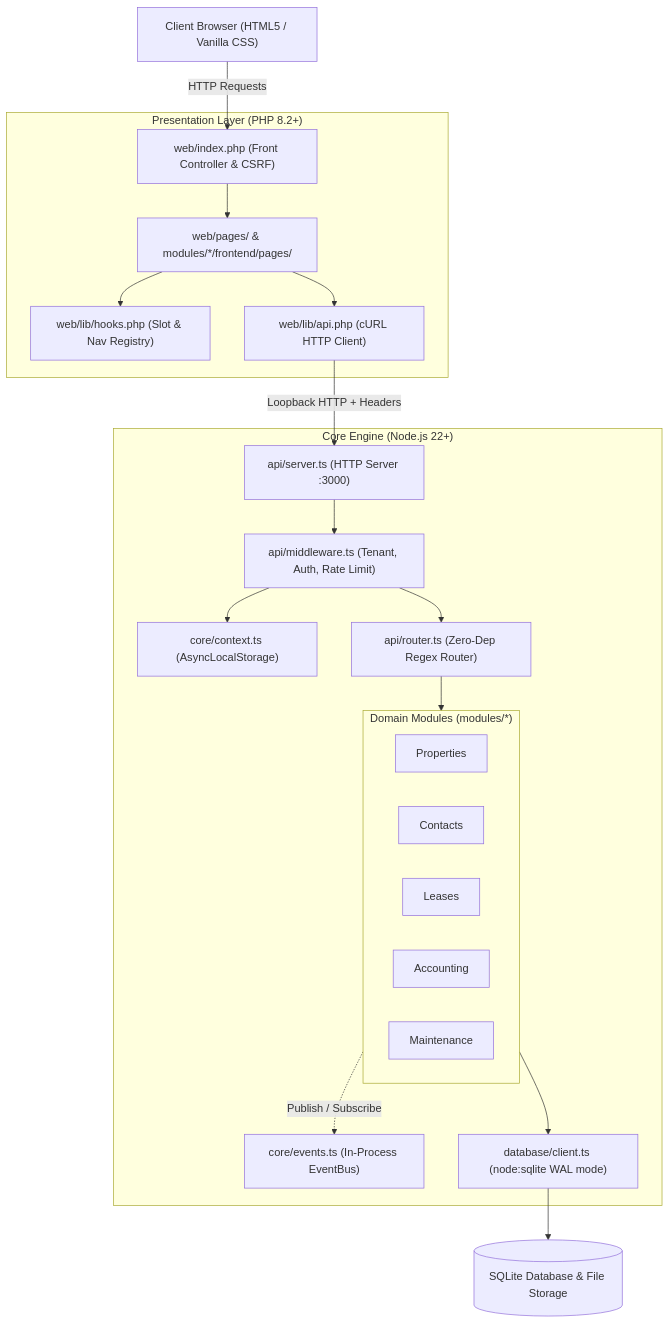
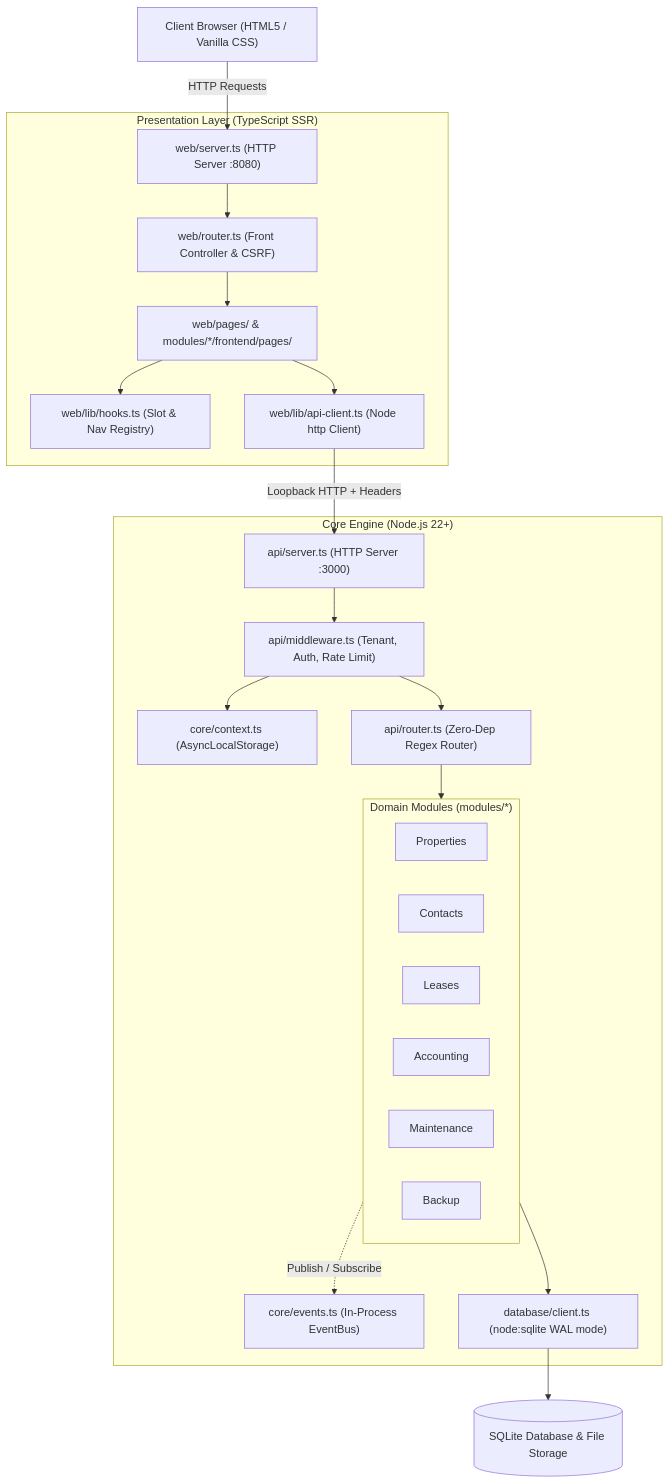
Before and after one commit to benacollier/GarrisonOS: the diagram in docs/architecture/overview.md, drawn with Mermaid. The commit also changed other lines of this file and 100 other files, not shown here.

First line of the commit message:
feat(web): rebase to 100% pure typescript presentation layer (#24)

````diff
--- a/docs/architecture/overview.md
+++ b/docs/architecture/overview.md
@@ -5,44 +5,47 @@
 ```mermaid
 flowchart TD
     Browser["Client Browser (HTML5 / Vanilla CSS)"]
     
-    subgraph Frontend ["Presentation Layer (PHP 8.2+)"]
-        FC["web/index.php (Front Controller & CSRF)"]
+    subgraph Frontend ["Presentation Layer (TypeScript SSR)"]
+        Server["web/server.ts (HTTP Server :8080)"]
+        Router["web/router.ts (Front Controller & CSRF)"]
         Pages["web/pages/ & modules/*/frontend/pages/"]
-        Hooks["web/lib/hooks.php (Slot & Nav Registry)"]
-        ApiClient["web/lib/api.php (cURL HTTP Client)"]
+        Hooks["web/lib/hooks.ts (Slot & Nav Registry)"]
+        ApiClient["web/lib/api-client.ts (Node http Client)"]
     end
     
     subgraph Backend ["Core Engine (Node.js 22+)"]
-        Server["api/server.ts (HTTP Server :3000)"]
+        ApiServer["api/server.ts (HTTP Server :3000)"]
         Middleware["api/middleware.ts (Tenant, Auth, Rate Limit)"]
         Context["core/context.ts (AsyncLocalStorage)"]
-        Router["api/router.ts (Zero-Dep Regex Router)"]
+        ApiRouter["api/router.ts (Zero-Dep Regex Router)"]
         
         subgraph Modules ["Domain Modules (modules/*)"]
             PropMod["Properties"]
             ContMod["Contacts"]
             LeaseMod["Leases"]
             AccMod["Accounting"]
             MaintMod["Maintenance"]
+            BackupMod["Backup"]
         end
         
         Events["core/events.ts (In-Process EventBus)"]
         DB["database/client.ts (node:sqlite WAL mode)"]
     end
     
     Disk[("SQLite Database & File Storage")]
 
-    Browser -->|HTTP Requests| FC
-    FC --> Pages
+    Browser -->|HTTP Requests| Server
+    Server --> Router
+    Router --> Pages
     Pages --> Hooks
     Pages --> ApiClient
-    ApiClient -->|Loopback HTTP + Headers| Server
-    Server --> Middleware
+    ApiClient -->|Loopback HTTP + Headers| ApiServer
+    ApiServer --> Middleware
     Middleware --> Context
-    Middleware --> Router
-    Router --> Modules
+    Middleware --> ApiRouter
+    ApiRouter --> Modules
     Modules --> DB
     Modules -.->|Publish / Subscribe| Events
     DB --> Disk
 ```
````
